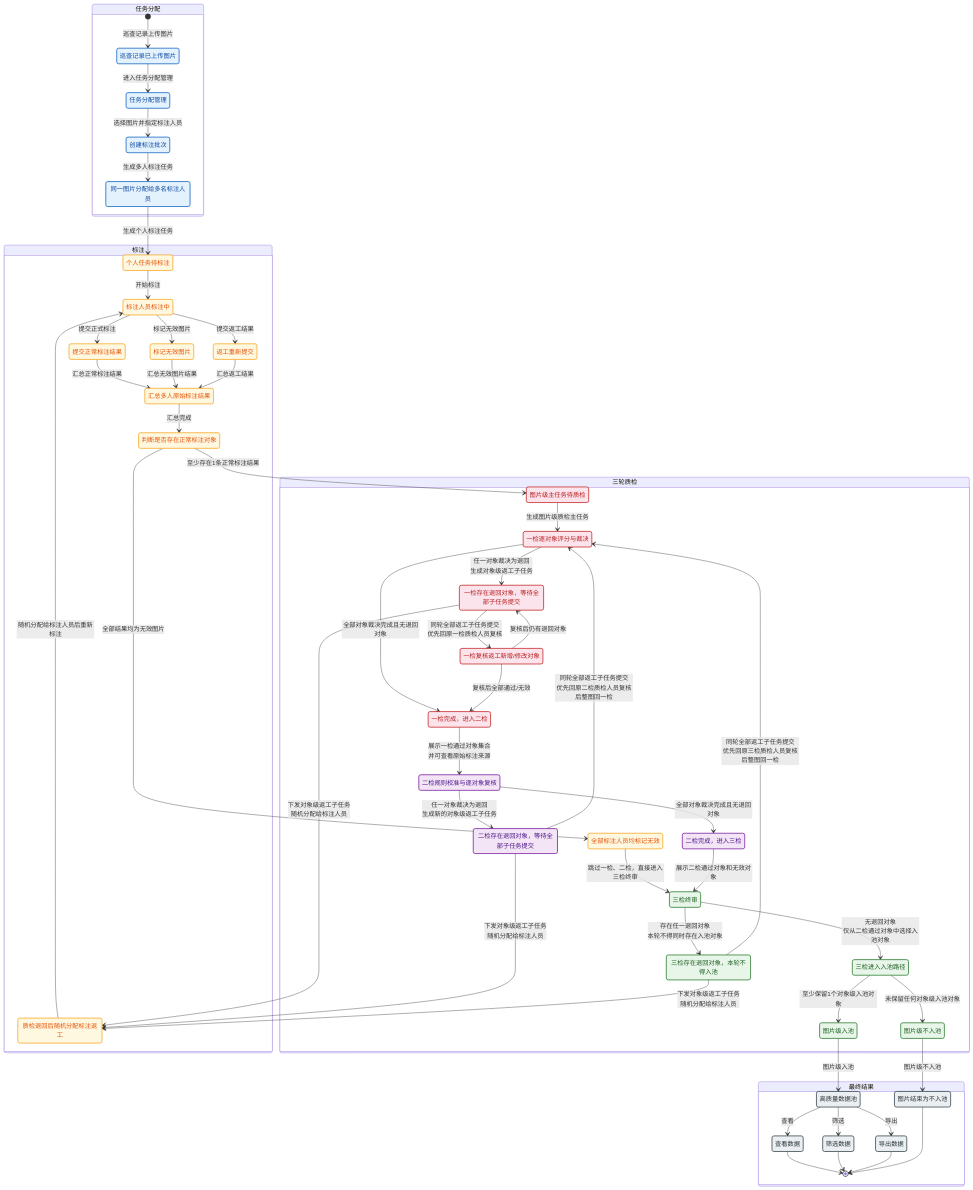
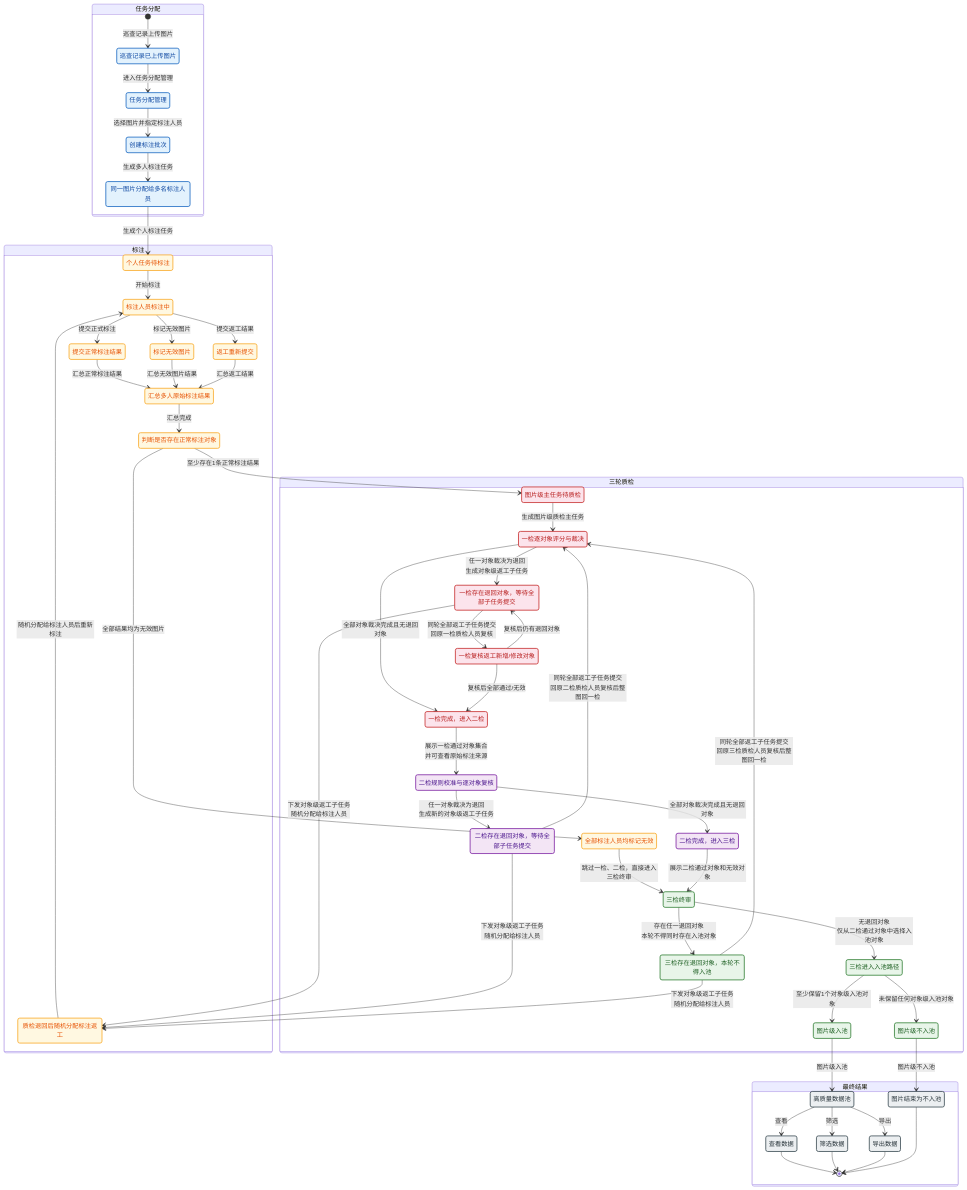
One commit to zhudan930612/shujuzhili changed the diagram in 02-PRD文档/后台管理/标注质检三轮质检流程.mmd. Above: the diagram before and after it, drawn with Mermaid.

Commit message:
docs(质检流程图): 简化复核分配描述，移除优先字样
- 将优先回原质检人员复核简化为回原质检人员复核，避免歧义

```diff
--- a/02-PRD文档/后台管理/标注质检三轮质检流程.mmd
+++ b/02-PRD文档/后台管理/标注质检三轮质检流程.mmd
@@ -1,133 +1,133 @@
 %%{init: {'theme':'mc'}}%%
 stateDiagram-v2
   %% ═══════════════════════════════════════════
   %% 阶段一：任务分配
   %% ═══════════════════════════════════════════
   state "任务分配" as Assign {
     InspectionUploaded: 巡查记录已上传图片
     AssignmentManage: 任务分配管理
     BatchCreated: 创建标注批次
     MultiAnnotationAssigned: 同一图片分配给多名标注人员
 
     [*] --> InspectionUploaded: 巡查记录上传图片
     InspectionUploaded --> AssignmentManage: 进入任务分配管理
     AssignmentManage --> BatchCreated: 选择图片并指定标注人员
     BatchCreated --> MultiAnnotationAssigned: 生成多人标注任务
   }
 
   %% ═══════════════════════════════════════════
   %% 阶段二：标注
   %% ═══════════════════════════════════════════
   state "标注" as Anno {
     AnnotationTodo: 个人任务待标注
     Annotating: 标注人员标注中
     AnnotationSubmitted: 提交正常标注结果
     AnnotationInvalid: 标记无效图片
     AnnotationReturned: 质检退回后随机分配标注返工
     AnnotationResubmitted: 返工重新提交
     AnnotationMerged: 汇总多人原始标注结果
     CheckMergedResult: 判断是否存在正常标注对象
     AllInvalidSample: 全部标注人员均标记无效
 
     AnnotationTodo --> Annotating: 开始标注
     Annotating --> AnnotationSubmitted: 提交正式标注
     Annotating --> AnnotationInvalid: 标记无效图片
     AnnotationReturned --> Annotating: 随机分配给标注人员后重新标注
     Annotating --> AnnotationResubmitted: 提交返工结果
     AnnotationSubmitted --> AnnotationMerged: 汇总正常标注结果
     AnnotationInvalid --> AnnotationMerged: 汇总无效图片结果
     AnnotationResubmitted --> AnnotationMerged: 汇总返工结果
     AnnotationMerged --> CheckMergedResult: 汇总完成
     CheckMergedResult --> QCWaiting: 至少存在1条正常标注结果
     CheckMergedResult --> AllInvalidSample: 全部结果均为无效图片
   }
 
   %% ═══════════════════════════════════════════
   %% 阶段三：三轮质检
   %% ═══════════════════════════════════════════
   state "三轮质检" as QC {
     QCWaiting: 图片级主任务待质检
 
     QC1Review: 一检逐对象评分与裁决
     QC1WaitRework: 一检存在退回对象，等待全部子任务提交
     QC1ReReview: 一检复核返工新增/修改对象
     QC1Passed: 一检完成，进入二检
 
     QC2Review: 二检规则校准与逐对象复核
     QC2WaitRework: 二检存在退回对象，等待全部子任务提交
     QC2Passed: 二检完成，进入三检
 
     QC3Review: 三检终审
     QC3WaitRework: 三检存在退回对象，本轮不得入池
     QC3PoolPath: 三检进入入池路径
     QC3NoPool: 图片级不入池
     QC3Pooled: 图片级入池
 
     QCWaiting --> QC1Review: 生成图片级质检主任务
     AllInvalidSample --> QC3Review: 跳过一检、二检，直接进入三检终审
 
     QC1Review --> QC1WaitRework: 任一对象裁决为退回<br/>生成对象级返工子任务
     QC1Review --> QC1Passed: 全部对象裁决完成且无退回对象
-    QC1WaitRework --> QC1ReReview: 同轮全部返工子任务提交<br/>优先回原一检质检人员复核
+    QC1WaitRework --> QC1ReReview: 同轮全部返工子任务提交<br/>回原一检质检人员复核
     QC1ReReview --> QC1WaitRework: 复核后仍有退回对象
     QC1ReReview --> QC1Passed: 复核后全部通过/无效
 
     QC1Passed --> QC2Review: 展示一检通过对象集合<br/>并可查看原始标注来源
     QC2Review --> QC2WaitRework: 任一对象裁决为退回<br/>生成新的对象级返工子任务
     QC2Review --> QC2Passed: 全部对象裁决完成且无退回对象
-    QC2WaitRework --> QC1Review: 同轮全部返工子任务提交<br/>优先回原二检质检人员复核后整图回一检
+    QC2WaitRework --> QC1Review: 同轮全部返工子任务提交<br/>回原二检质检人员复核后整图回一检
 
     QC2Passed --> QC3Review: 展示二检通过对象和无效对象
     QC3Review --> QC3WaitRework: 存在任一退回对象<br/>本轮不得同时存在入池对象
     QC3Review --> QC3PoolPath: 无退回对象<br/>仅从二检通过对象中选择入池对象
-    QC3WaitRework --> QC1Review: 同轮全部返工子任务提交<br/>优先回原三检质检人员复核后整图回一检
+    QC3WaitRework --> QC1Review: 同轮全部返工子任务提交<br/>回原三检质检人员复核后整图回一检
     QC3PoolPath --> QC3Pooled: 至少保留1个对象级入池对象
     QC3PoolPath --> QC3NoPool: 未保留任何对象级入池对象
   }
 
   %% ═══════════════════════════════════════════
   %% 阶段四：最终结果
   %% ═══════════════════════════════════════════
   state "最终结果" as Result {
     QualityDataPool: 高质量数据池
     QualityDataView: 查看数据
     QualityDataFilter: 筛选数据
     QualityDataExport: 导出数据
     NoPoolEnd: 图片结束为不入池
 
     QualityDataPool --> QualityDataView: 查看
     QualityDataPool --> QualityDataFilter: 筛选
     QualityDataPool --> QualityDataExport: 导出
 
     QualityDataView --> [*]
     QualityDataFilter --> [*]
     QualityDataExport --> [*]
     NoPoolEnd --> [*]
   }
 
   %% ═══════════════════════════════════════════
   %% 跨阶段连线
   %% ═══════════════════════════════════════════
   MultiAnnotationAssigned --> AnnotationTodo: 生成个人标注任务
   QC1WaitRework --> AnnotationReturned: 下发对象级返工子任务<br/>随机分配给标注人员
   QC2WaitRework --> AnnotationReturned: 下发对象级返工子任务<br/>随机分配给标注人员
   QC3WaitRework --> AnnotationReturned: 下发对象级返工子任务<br/>随机分配给标注人员
   QC3Pooled --> QualityDataPool: 图片级入池
   QC3NoPool --> NoPoolEnd: 图片级不入池
 
   %% ═══════════════════════════════════════════
   %% 样式
   %% ═══════════════════════════════════════════
   classDef assignStyle fill:#e3f2fd,stroke:#1565c0,stroke-width:2px,color:#0d47a1
   classDef annoStyle fill:#fff8e1,stroke:#f9a825,stroke-width:2px,color:#e65100
   classDef qc1Style fill:#fce4ec,stroke:#c62828,stroke-width:2px,color:#b71c1c
   classDef qc2Style fill:#f3e5f5,stroke:#7b1fa2,stroke-width:2px,color:#4a148c
   classDef qc3Style fill:#e8f5e9,stroke:#2e7d32,stroke-width:2px,color:#1b5e20
   classDef resultStyle fill:#eceff1,stroke:#37474f,stroke-width:2px,color:#263238
 
   class InspectionUploaded,AssignmentManage,BatchCreated,MultiAnnotationAssigned assignStyle
   class AnnotationTodo,Annotating,AnnotationSubmitted,AnnotationInvalid,AnnotationReturned,AnnotationResubmitted,AnnotationMerged,CheckMergedResult,AllInvalidSample annoStyle
   class QCWaiting,QC1Review,QC1WaitRework,QC1ReReview,QC1Passed qc1Style
   class QC2Review,QC2WaitRework,QC2Passed qc2Style
   class QC3Review,QC3WaitRework,QC3PoolPath,QC3NoPool,QC3Pooled qc3Style
   class QualityDataPool,QualityDataView,QualityDataFilter,QualityDataExport,NoPoolEnd resultStyle
```
